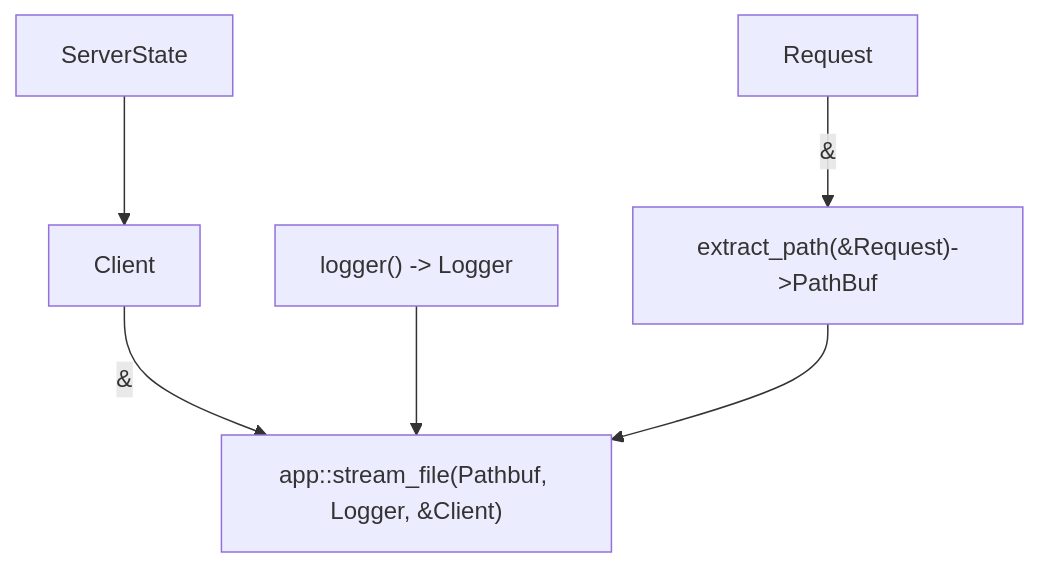
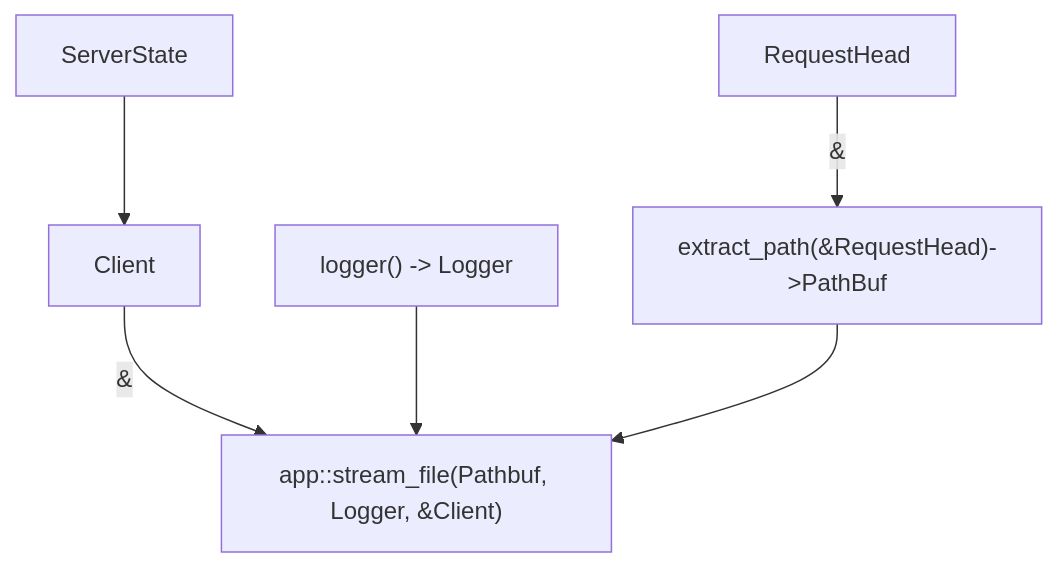
One commit to LukeMathWalker/pavex changed the diagram in README.md. Above: the diagram before and after it, drawn with Mermaid.

````diff
--- a/README.md
+++ b/README.md
@@ -76,15 +76,15 @@
 ```mermaid
 flowchart TB
     handler["app::stream_file(Pathbuf, Logger, &Client)"]
     client[Client]
     logger["logger() -> Logger"]
     state[ServerState]
-    path["extract_path(&Request)->PathBuf"]
-    request[Request]
+    path["extract_path(&RequestHead)->PathBuf"]
+    request[RequestHead]
 
     state --> client
     client --&--> handler
     logger --> handler
     path --> handler
     request --&--> path
 ```
````
